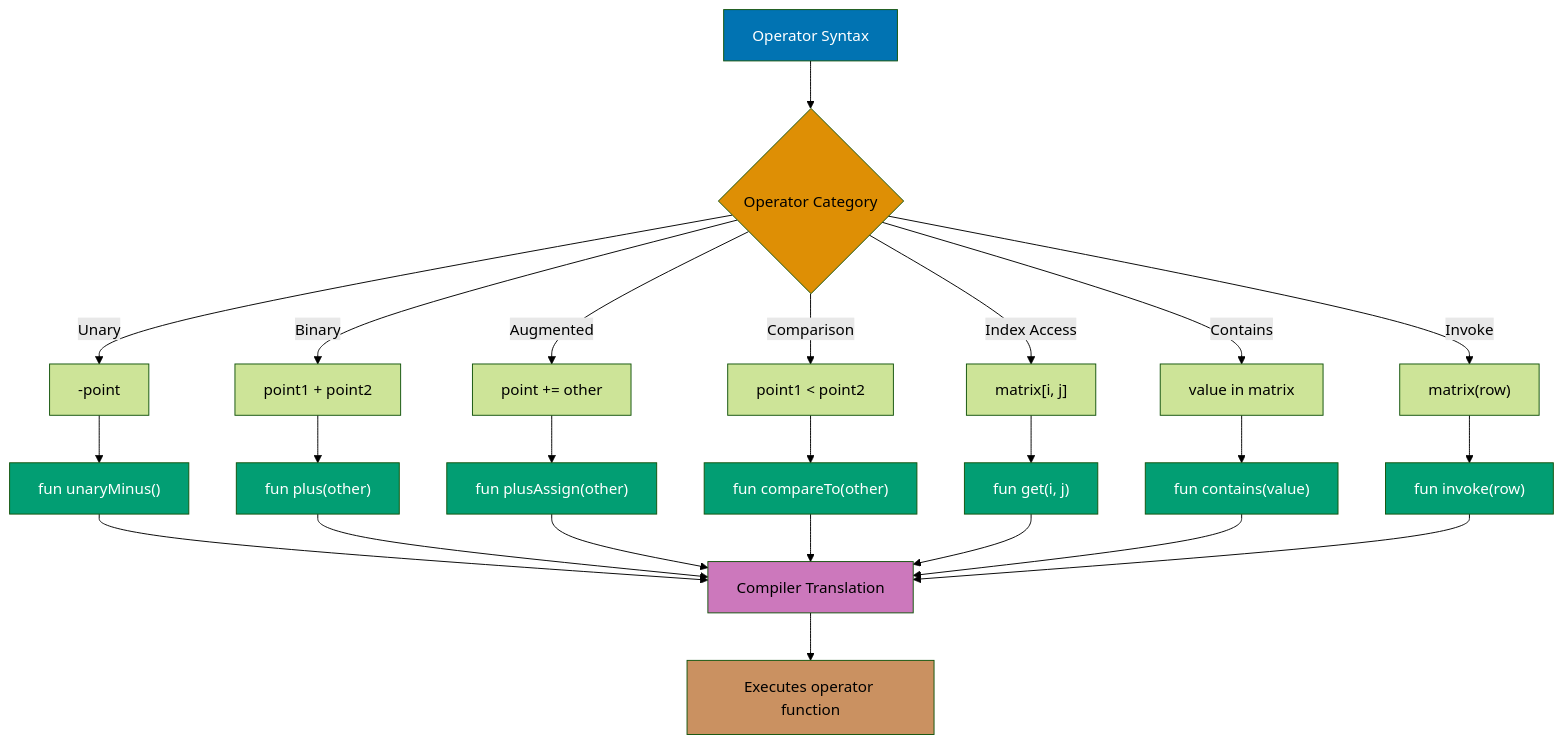
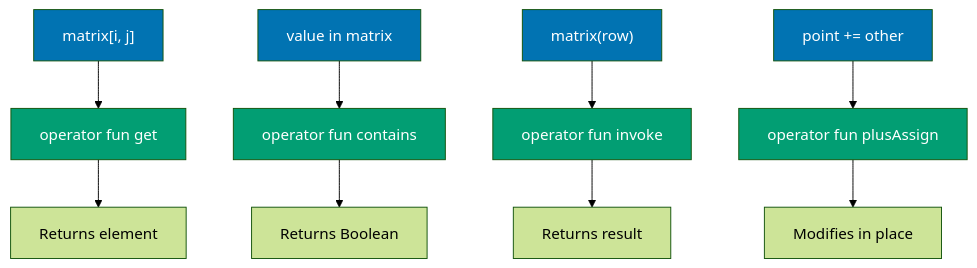
Diagram 15 of 16 in apps/ayokoding-web/content/en/learn/software-engineering/programming-languages/kotlin/tutorials/by-example/intermediate.md (wahidyankf/open-sharia-enterprise), drawn with Mermaid (forest theme) before and after one commit. The commit also changed other lines of this file and 86 other files, not shown here.

First line of the commit message:
feat(diagrams): implement TD default layout and diagram splitting for mobile

````diff
--- a/apps/ayokoding-web/content/en/learn/software-engineering/programming-languages/kotlin/tutorials/by-example/intermediate.md
+++ b/apps/ayokoding-web/content/en/learn/software-engineering/programming-languages/kotlin/tutorials/by-example/intermediate.md
@@ -1136,43 +1250,28 @@
 ```mermaid
-%% Operator-to-function mapping showing how Kotlin translates operators
+%% Color Palette: Blue #0173B2, Orange #DE8F05, Teal #029E73, Purple #CC78BC, Brown #CA9161
 graph TD
-    A[Operator Syntax] --> B{Operator Category}
+    Index["matrix#91;i, j#93;"]
+    Index --> IndexFn["operator fun get"]
+    IndexFn --> I[Returns element]
 
-    B -->|Unary| C["-point"]
-    B -->|Binary| D["point1 + point2"]
-    B -->|Augmented| E["point += other"]
-    B -->|Comparison| F["point1 < point2"]
-    B -->|Index Access| G["matrix[i, j]"]
-    B -->|Contains| H["value in matrix"]
-    B -->|Invoke| I["matrix(row)"]
+    Contains["value in matrix"]
+    Contains --> ContainsFn["operator fun contains"]
+    ContainsFn --> Co[Returns Boolean]
 
-    C --> C1["fun unaryMinus()"]
-    D --> D1["fun plus(other)"]
-    E --> E1["fun plusAssign(other)"]
-    F --> F1["fun compareTo(other)"]
-    G --> G1["fun get(i, j)"]
-    H --> H1["fun contains(value)"]
-    I --> I1["fun invoke(row)"]
+    Invoke["matrix#40;row#41;"]
+    Invoke --> InvokeFn["operator fun invoke"]
+    InvokeFn --> Inv[Returns result]
 
-    C1 --> J[Compiler Translation]
-    D1 --> J
-    E1 --> J
-    F1 --> J
-    G1 --> J
-    H1 --> J
-    I1 --> J
+    Augmented["point += other"]
+    Augmented --> AugFn["operator fun plusAssign"]
+    AugFn --> A[Modifies in place]
 
-    J --> K[Executes operator function]
-
-    style A fill:#0173B2,color:#fff
-    style B fill:#DE8F05,color:#000
-    style C1 fill:#029E73,color:#fff
-    style D1 fill:#029E73,color:#fff
-    style E1 fill:#029E73,color:#fff
-    style F1 fill:#029E73,color:#fff
-    style G1 fill:#029E73,color:#fff
-    style H1 fill:#029E73,color:#fff
-    style I1 fill:#029E73,color:#fff
-    style J fill:#CC78BC,color:#000
-    style K fill:#CA9161,color:#000
+    style Index fill:#0173B2,color:#fff
+    style IndexFn fill:#029E73,color:#fff
+    style Contains fill:#0173B2,color:#fff
+    style ContainsFn fill:#029E73,color:#fff
+    style Invoke fill:#0173B2,color:#fff
+    style InvokeFn fill:#029E73,color:#fff
+    style Augmented fill:#0173B2,color:#fff
+    style AugFn fill:#029E73,color:#fff
 ```
````
